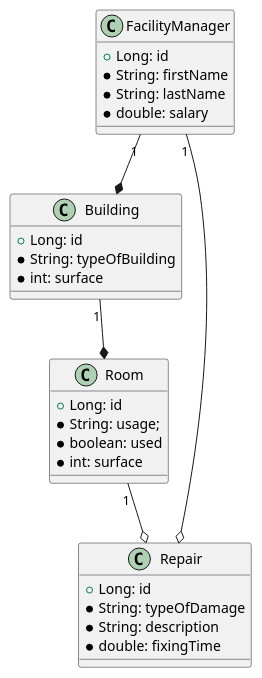
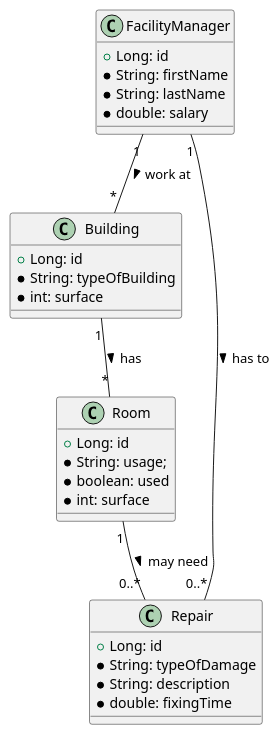
The diagram in asciidocs/plantuml/cld.puml (2122-5ahitm-sew/01-microproject-kalinkesilvio), drawn with PlantUML before and after one commit. The commit also changed 1 other file, not shown here.

```diff
--- a/asciidocs/plantuml/cld.puml
+++ b/asciidocs/plantuml/cld.puml
@@ -1,35 +1,35 @@
 @startuml
 
 class FacilityManager {
     + Long: id
     * String: firstName
     * String: lastName
     * double: salary
 }
 
 class Building {
     + Long: id
     * String: typeOfBuilding
     * int: surface
 }
 
 class Room {
     + Long: id
     * String: usage;
     * boolean: used
     * int: surface
 }
 
 class Repair {
     + Long: id
     * String: typeOfDamage
     * String: description
     * double: fixingTime
 }
 
-FacilityManager "1" --* Building
-Building "1" --* Room
-Room "1" --o Repair
-FacilityManager "1" --o Repair
+FacilityManager "1" -- "*" Building : work at >
+Building "1" -- "*" Room : has >
+Room "1" -- "0..*" Repair : may need >
+FacilityManager "1" -- "0..*" Repair : has to >
 
 @enduml
```
